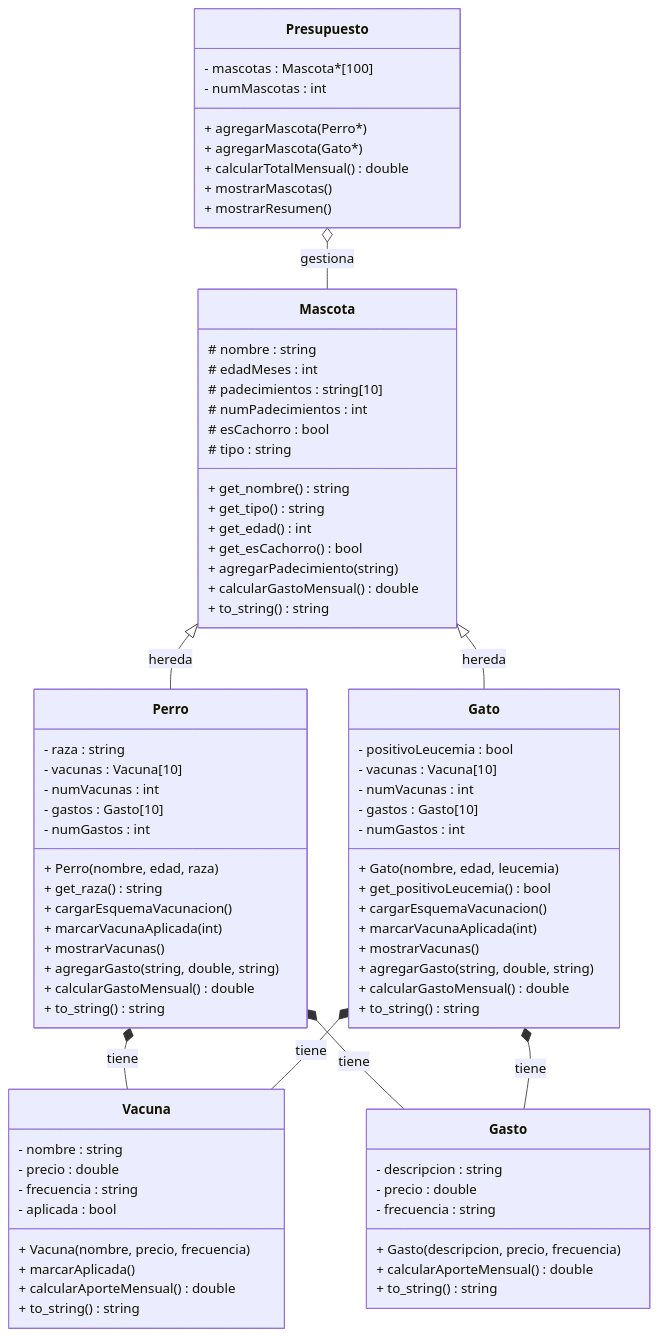
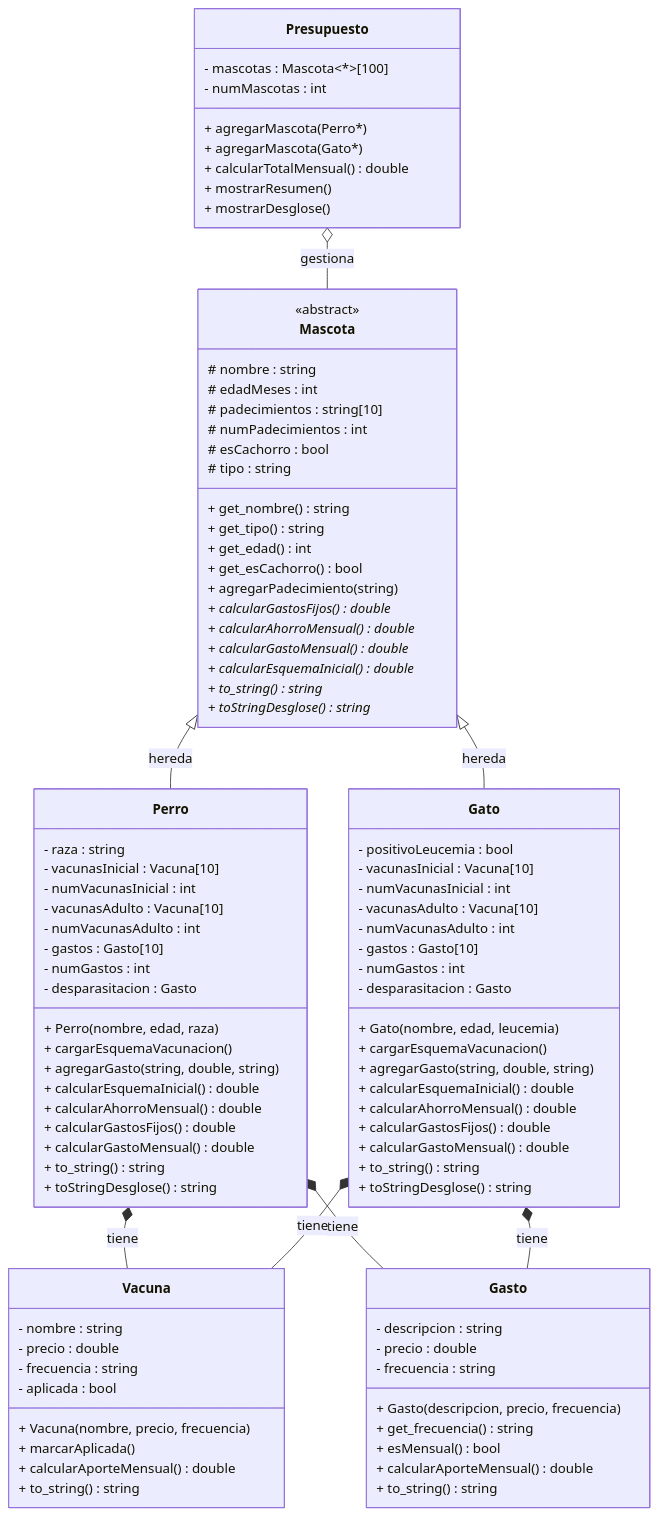
The diagram in README.md (Laika626/PetBudget), drawn with Mermaid before and after one commit. The commit also changed other lines of this file, not shown here.

Commit message:
Update README.md and UML

````diff
--- a/README.md
+++ b/README.md
@@ -30,6 +40,7 @@
 ```mermaid
 classDiagram
     class Mascota {
+        <<abstract>>
         # nombre : string
         # edadMeses : int
         # padecimientos : string[10]
@@ -41,40 +52,52 @@
         + get_edad() int
         + get_esCachorro() bool
         + agregarPadecimiento(string)
-        + calcularGastoMensual() double
-        + to_string() string
+        + calcularGastosFijos()* double
+        + calcularAhorroMensual()* double
+        + calcularGastoMensual()* double
+        + calcularEsquemaInicial()* double
+        + to_string()* string
+        + toStringDesglose()* string
     }
 
     class Perro {
         - raza : string
-        - vacunas : Vacuna[10]
-        - numVacunas : int
+        - vacunasInicial : Vacuna[10]
+        - numVacunasInicial : int
+        - vacunasAdulto : Vacuna[10]
+        - numVacunasAdulto : int
         - gastos : Gasto[10]
         - numGastos : int
+        - desparasitacion : Gasto
         + Perro(nombre, edad, raza)
-        + get_raza() string
         + cargarEsquemaVacunacion()
-        + marcarVacunaAplicada(int)
-        + mostrarVacunas()
         + agregarGasto(string, double, string)
+        + calcularEsquemaInicial() double
+        + calcularAhorroMensual() double
+        + calcularGastosFijos() double
         + calcularGastoMensual() double
         + to_string() string
+        + toStringDesglose() string
     }
 
     class Gato {
         - positivoLeucemia : bool
-        - vacunas : Vacuna[10]
-        - numVacunas : int
+        - vacunasInicial : Vacuna[10]
+        - numVacunasInicial : int
+        - vacunasAdulto : Vacuna[10]
+        - numVacunasAdulto : int
         - gastos : Gasto[10]
         - numGastos : int
+        - desparasitacion : Gasto
         + Gato(nombre, edad, leucemia)
-        + get_positivoLeucemia() bool
         + cargarEsquemaVacunacion()
-        + marcarVacunaAplicada(int)
-        + mostrarVacunas()
         + agregarGasto(string, double, string)
+        + calcularEsquemaInicial() double
+        + calcularAhorroMensual() double
+        + calcularGastosFijos() double
         + calcularGastoMensual() double
         + to_string() string
+        + toStringDesglose() string
     }
 
     class Vacuna {
@@ -93,18 +116,20 @@
         - precio : double
         - frecuencia : string
         + Gasto(descripcion, precio, frecuencia)
+        + get_frecuencia() string
+        + esMensual() bool
         + calcularAporteMensual() double
         + to_string() string
     }
 
     class Presupuesto {
-        - mascotas : Mascota*[100]
+        - mascotas : Mascota~*~[100]
         - numMascotas : int
         + agregarMascota(Perro*)
         + agregarMascota(Gato*)
         + calcularTotalMensual() double
-        + mostrarMascotas()
         + mostrarResumen()
+        + mostrarDesglose()
     }
 
     Mascota <|-- Perro : hereda
````
